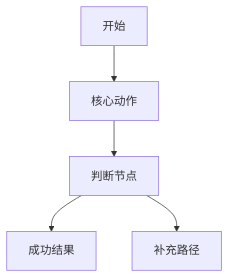
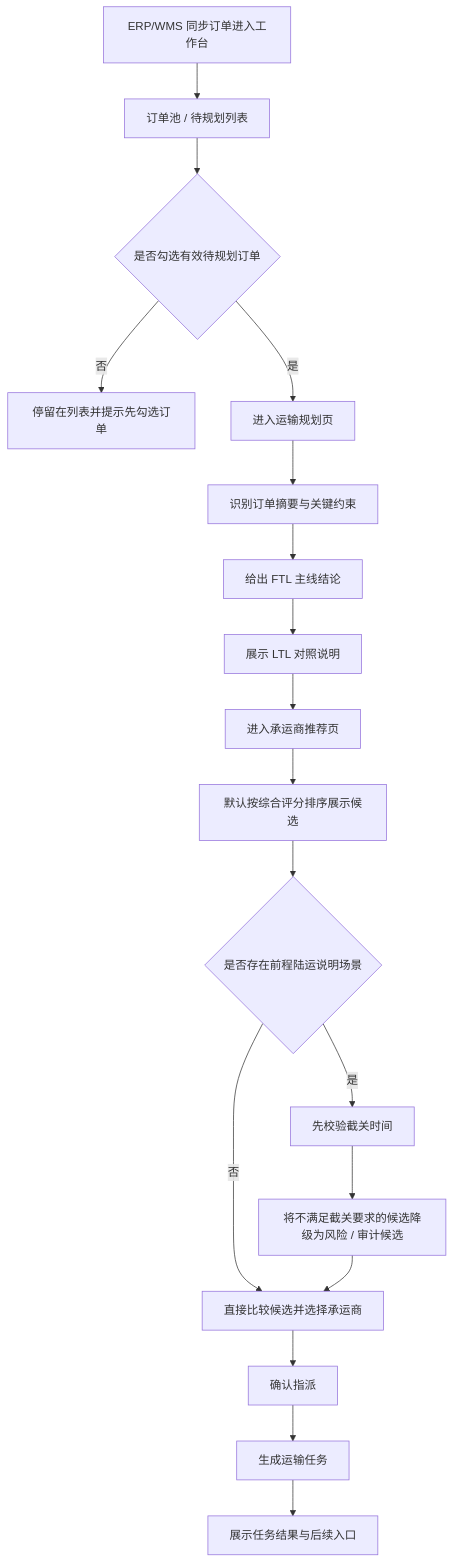
Before and after one commit to husinglemon-art/TMS_Shipper: the second of 4 diagrams in 01_Master_Documents/Product_Architecture.md, drawn with Mermaid. The commit also changed other lines of this file and 3 other files, not shown here.

Commit message:
docs: add v1.0 architecture diagrams

````diff
--- a/01_Master_Documents/Product_Architecture.md
+++ b/01_Master_Documents/Product_Architecture.md
@@ -47,7 +74,20 @@
 ```mermaid
 flowchart TD
-    A[开始] --> B[核心动作]
-    B --> C[判断节点]
-    C --> D[成功结果]
-    C --> E[补充路径]
+    A[ERP/WMS 同步订单进入工作台] --> B[订单池 / 待规划列表]
+    B --> C{是否勾选有效待规划订单}
+    C -->|否| C1[停留在列表并提示先勾选订单]
+    C -->|是| D[进入运输规划页]
+    D --> E[识别订单摘要与关键约束]
+    E --> F[给出 FTL 主线结论]
+    F --> G[展示 LTL 对照说明]
+    G --> H[进入承运商推荐页]
+    H --> I[默认按综合评分排序展示候选]
+    I --> J{是否存在前程陆运说明场景}
+    J -->|否| K[直接比较候选并选择承运商]
+    J -->|是| J1[先校验截关时间]
+    J1 --> J2[将不满足截关要求的候选降级为风险 / 审计候选]
+    J2 --> K
+    K --> L[确认指派]
+    L --> M[生成运输任务]
+    M --> N[展示任务结果与后续入口]
 ```
````
